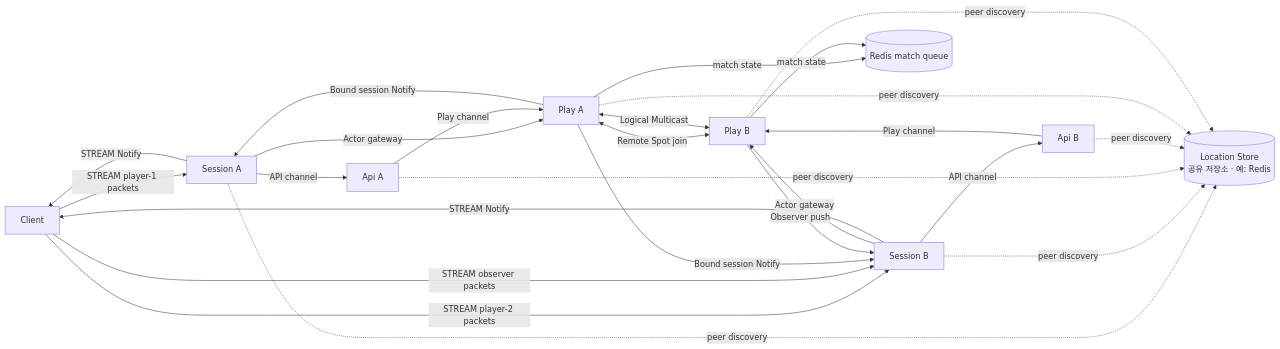
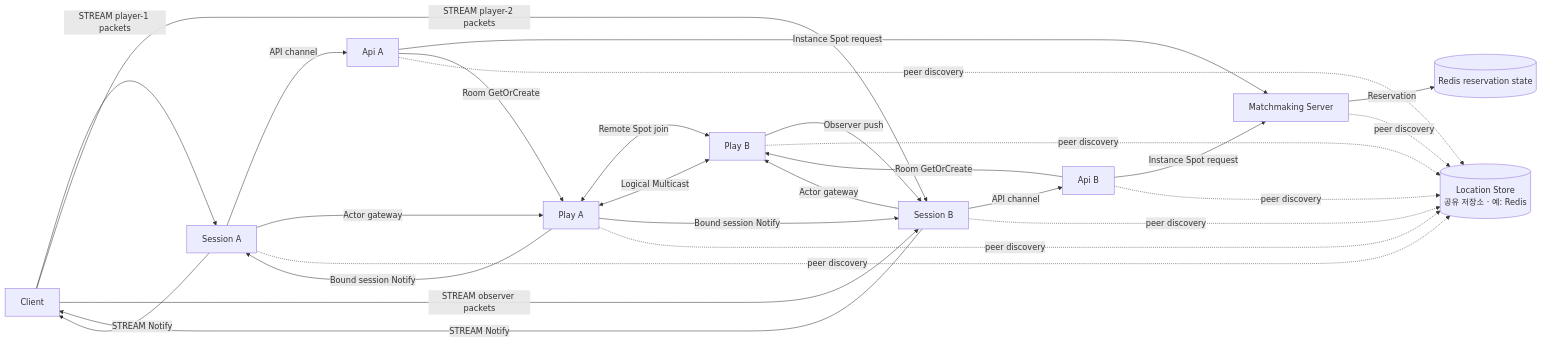
The first of 5 diagrams in framework/doc/framework/common/sample/bingo/README.ko.md (kairos-code-dev/zlink), drawn with Mermaid before and after one commit. The commit also changed other lines of this file and 1160 other files, not shown here.

````diff
--- a/framework/doc/framework/common/sample/bingo/README.ko.md
+++ b/framework/doc/framework/common/sample/bingo/README.ko.md
@@ -65,37 +74,40 @@
 ```mermaid
 graph LR
     C[Client]
     SA[Session A]
     SB[Session B]
     APIA[Api A]
     APIB[Api B]
+    MM[Matchmaking Server]
     PA[Play A]
     PB[Play B]
     LS[("Location Store<br/>공유 저장소 · 예: Redis")]
-    REDIS[(Redis match queue)]
+    REDIS[(Redis reservation state)]
 
     C -->|STREAM player-1 packets| SA
     C -->|STREAM player-2 packets| SB
     C -->|STREAM observer packets| SB
     SA -->|API channel| APIA
     SB -->|API channel| APIB
     SA -->|Actor gateway| PA
     SB -->|Actor gateway| PB
-    APIA -->|Play channel| PA
-    APIB -->|Play channel| PB
+    APIA -->|Instance Spot request| MM
+    APIB -->|Instance Spot request| MM
+    MM -->|Reservation| REDIS
+    APIA -->|Room GetOrCreate| PA
+    APIB -->|Room GetOrCreate| PB
     PA <-->|Remote Spot join| PB
     PA <-->|Logical Multicast| PB
-    PA -->|match state| REDIS
-    PB -->|match state| REDIS
     PA -->|Bound session Notify| SA
     PA -->|Bound session Notify| SB
     PB -->|Observer push| SB
     SA -->|STREAM Notify| C
     SB -->|STREAM Notify| C
     SA -. peer discovery .-> LS
     SB -. peer discovery .-> LS
     APIA -. peer discovery .-> LS
     APIB -. peer discovery .-> LS
+    MM -. peer discovery .-> LS
     PA -. peer discovery .-> LS
     PB -. peer discovery .-> LS
 ```
````
